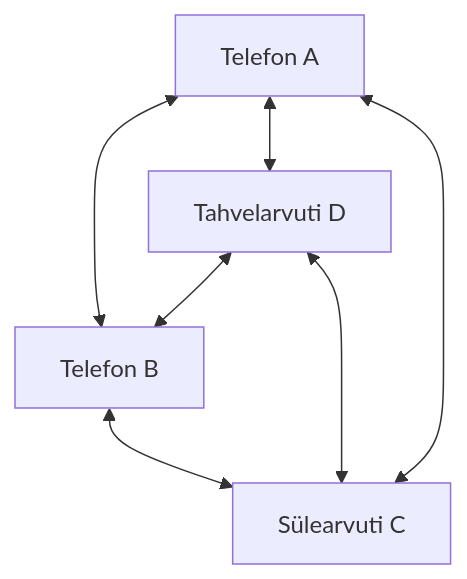
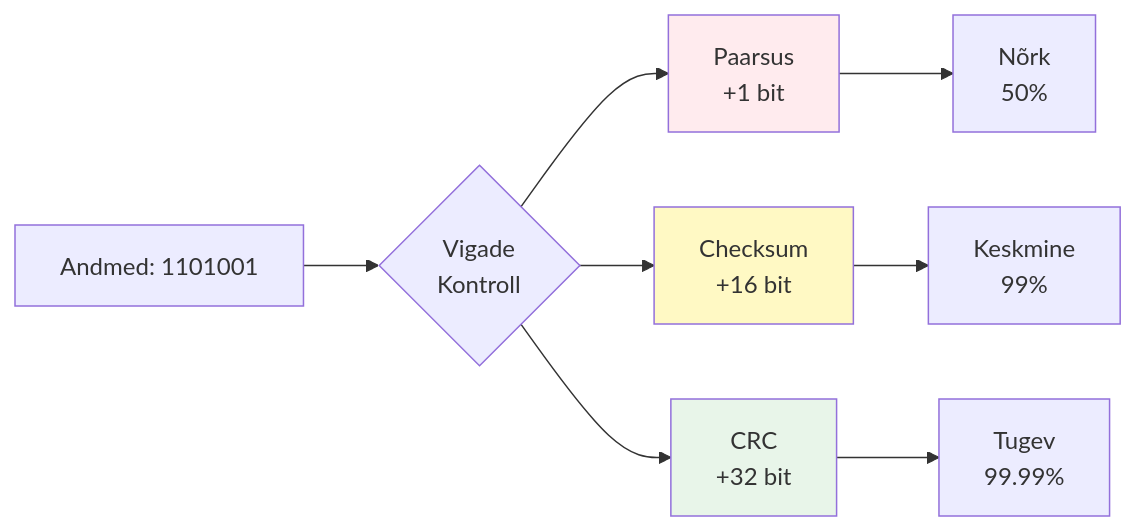
The seventh of 20 diagrams in Lecture/loeng2.md (mtalvik/av_alused), drawn with Mermaid before and after one commit. The commit also changed other lines of this file, not shown here.

````diff
--- a/Lecture/loeng2.md
+++ b/Lecture/loeng2.md
@@ -50,9 +190,15 @@
 ```mermaid
-graph TD
-    A[Telefon A] <--> B[Telefon B]
-    B <--> C[Sülearvuti C]
-    C <--> A
-    A <--> D[Tahvelarvuti D]
-    D <--> B
-    D <--> C
+graph LR
+    A[Andmed: 1101001] --> B{Vigade<br/>Kontroll}
+    B --> C[Paarsus<br/>+1 bit]
+    B --> D[Checksum<br/>+16 bit]
+    B --> E[CRC<br/>+32 bit]
+    
+    C --> F[Nõrk<br/>50%]
+    D --> G[Keskmine<br/>99%]
+    E --> H[Tugev<br/>99.99%]
+    
+    style C fill:#ffebee
+    style D fill:#fff9c4
+    style E fill:#e8f5e9
 ```
````
